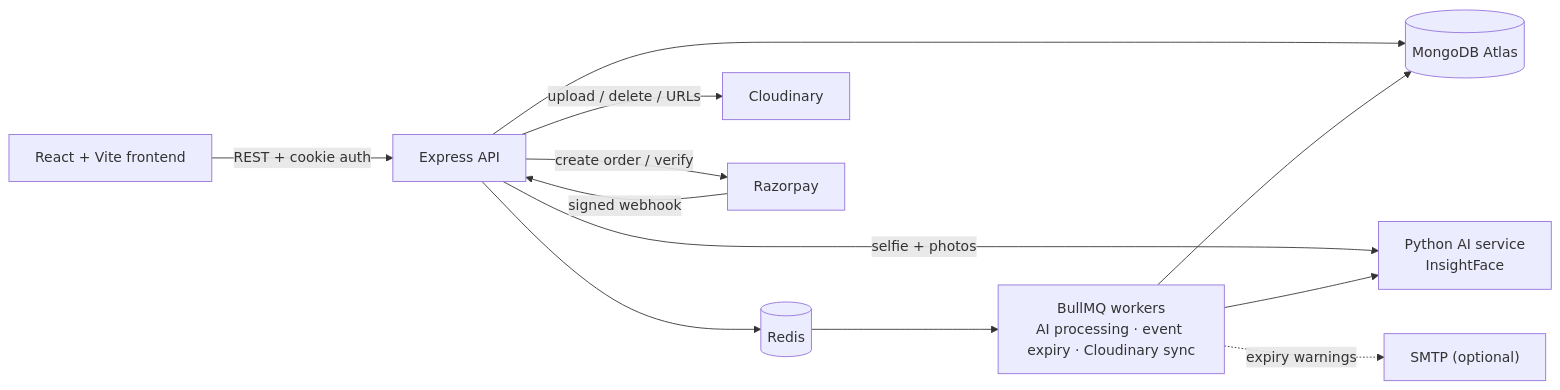
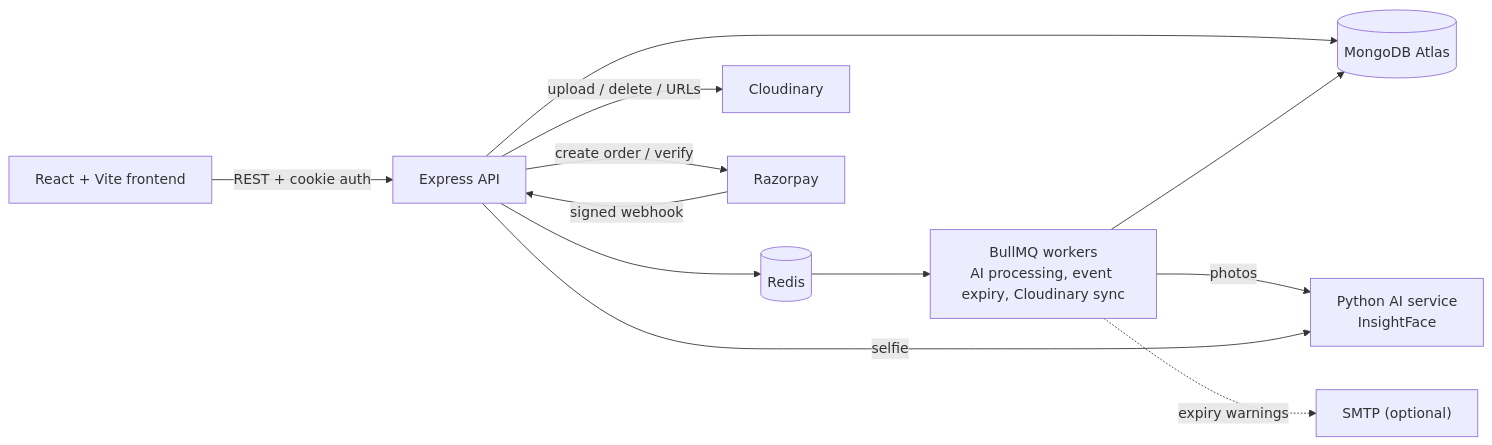
One commit to RohanThapa18/SnapShare changed the first of 2 diagrams in README.md. Above: the diagram before and after it, drawn with Mermaid. The commit also changed other lines of this file and 3 other files, not shown here.

````diff
--- a/README.md
+++ b/README.md
@@ -39,14 +57,14 @@
 ```mermaid
 flowchart LR
   Browser["React + Vite frontend"] -->|REST + cookie auth| API["Express API"]
   API --> DB[("MongoDB Atlas")]
   API --> Redis[("Redis")]
   API -->|upload / delete / URLs| Cloud["Cloudinary"]
   API -->|create order / verify| Razorpay["Razorpay"]
   Razorpay -->|signed webhook| API
-  API -->|selfie + photos| AI["Python AI service<br/>InsightFace"]
-  Redis --> Workers["BullMQ workers<br/>AI processing · event expiry · Cloudinary sync"]
-  Workers --> AI
+  Redis --> Workers["BullMQ workers<br/>AI processing, event expiry, Cloudinary sync"]
+  Workers -->|photos| AI["Python AI service<br/>InsightFace"]
+  API -->|selfie| AI
   Workers --> DB
   Workers -.->|expiry warnings| SMTP["SMTP (optional)"]
 ```
````
